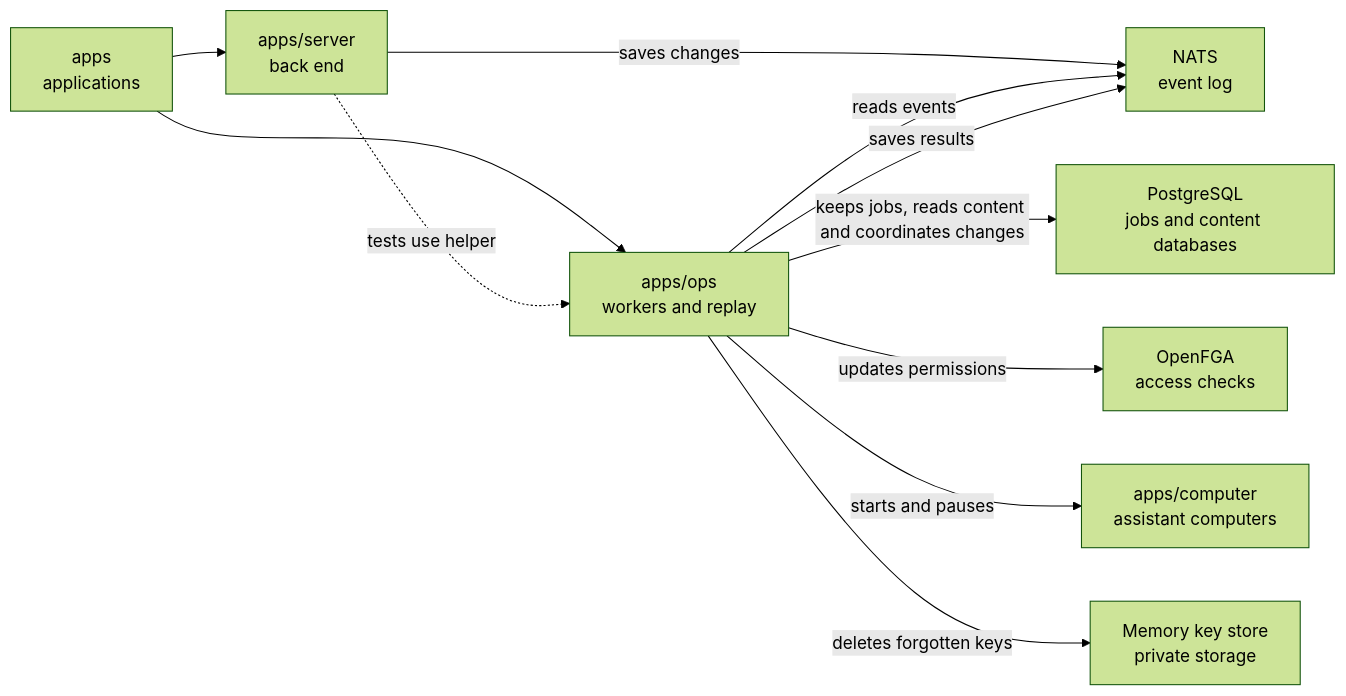
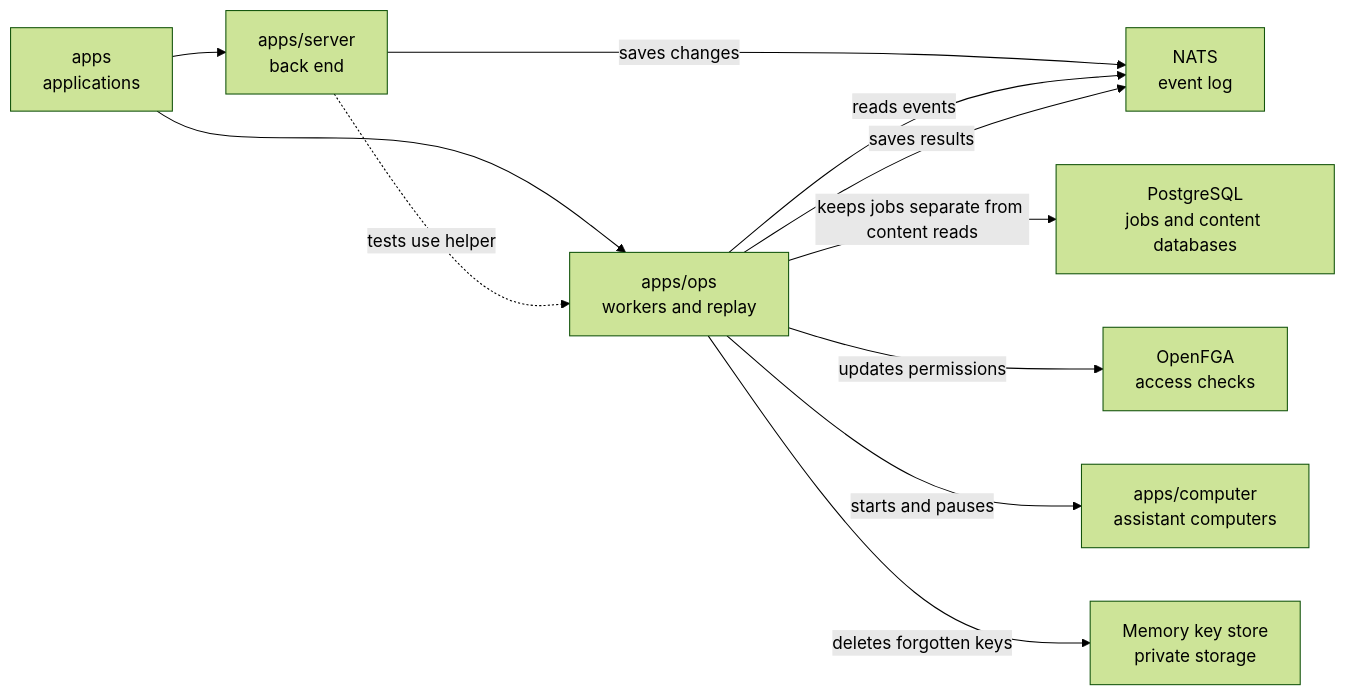
Before and after one commit to elewa-git/opencrane-new: the diagram in apps/ops/README.md, drawn with Mermaid (forest theme). The commit also changed other lines of this file and 19 other files, not shown here.

````diff
--- a/apps/ops/README.md
+++ b/apps/ops/README.md
@@ -17,13 +17,13 @@
 ```mermaid
 flowchart LR
   apps["apps<br/>applications"] --> ops["apps/ops<br/>workers and replay"]
   apps --> server["apps/server<br/>back end"]
   server -.->|tests use helper| ops
   server -->|saves changes| nats["NATS<br/>event log"]
   ops -->|reads events| nats
   ops -->|saves results| nats
-  ops -->|keeps jobs, reads content and coordinates changes| pg["PostgreSQL<br/>jobs and content databases"]
+  ops -->|keeps jobs separate from content reads| pg["PostgreSQL<br/>jobs and content databases"]
   ops -->|updates permissions| fga["OpenFGA<br/>access checks"]
   ops -->|starts and pauses| computer["apps/computer<br/>assistant computers"]
   ops -->|deletes forgotten keys| keys["Memory key store<br/>private storage"]
 ```
````
